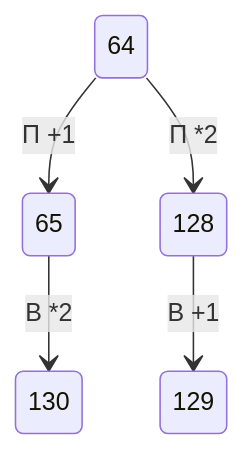
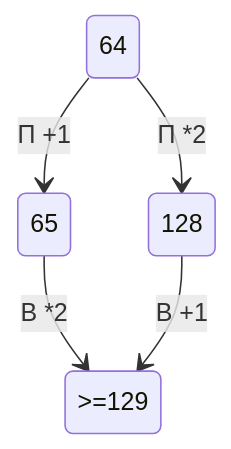
Before and after one commit to lyctpu/ege: the first of 3 diagrams in 2023demo/19-21.md, drawn with Mermaid. The commit also changed other lines of this file, not shown here.

````diff
--- a/2023demo/19-21.md
+++ b/2023demo/19-21.md
@@ -3,8 +3,8 @@
 ```mermaid
 stateDiagram-v2
 
     64 --> 65:П +1
     64 --> 128:П *2
-    65 --> 130:В *2
-    128 --> 129:В +1
+    65 --> >=129:В *2
+    128 --> >=129:В +1
 ```
````
